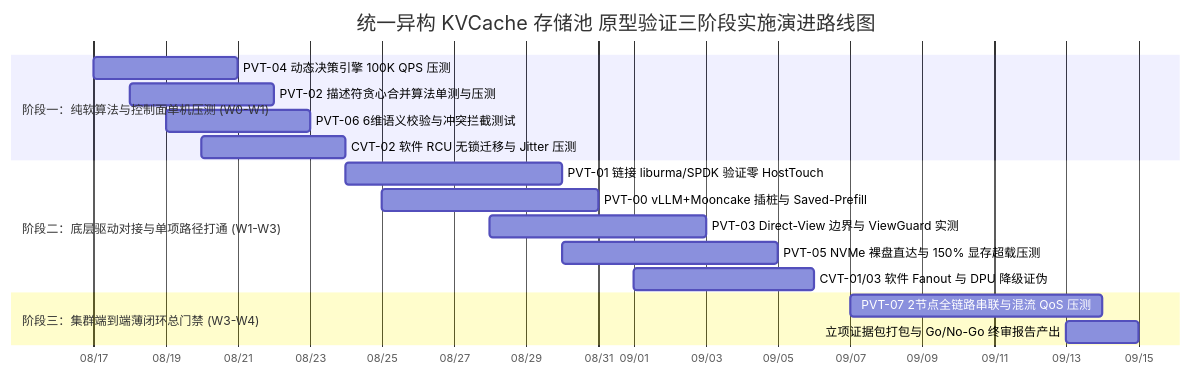
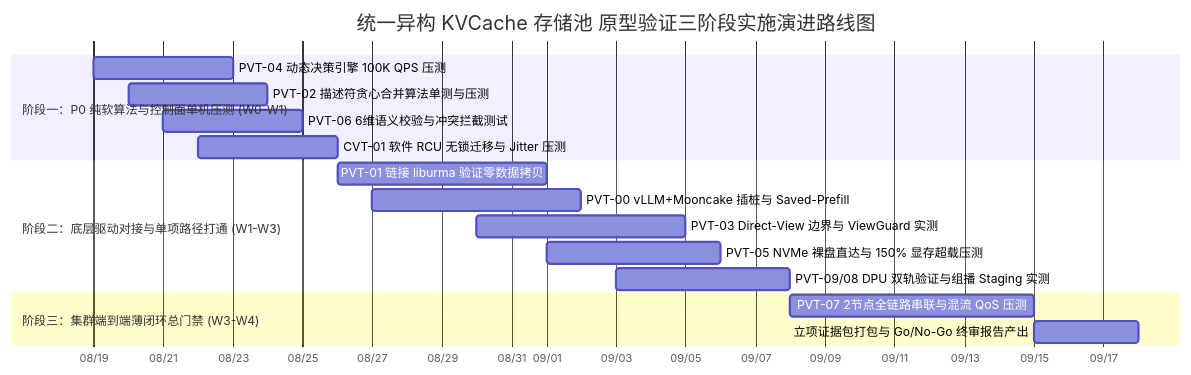
The diagram in kvcache/unified_kv_memory/提前验证方案设计/统一异构KVCache存储池_提前验证方案可实施性评估报告.md (stonetree/reports), drawn with Mermaid before and after one commit. The commit also changed other lines of this file and 32 other files, not shown here.

````diff
--- a/kvcache/unified_kv_memory/提前验证方案设计/统一异构KVCache存储池_提前验证方案可实施性评估报告.md
+++ b/kvcache/unified_kv_memory/提前验证方案设计/统一异构KVCache存储池_提前验证方案可实施性评估报告.md
@@ -210,20 +202,20 @@
 ```mermaid
 gantt
     title 统一异构 KVCache 存储池 原型验证三阶段实施演进路线图
     dateFormat  YYYY-MM-DD
     axisFormat  %m/%d
-    section 阶段一：纯软算法与控制面单机压测 (W0-W1)
-    PVT-04 动态决策引擎 100K QPS 压测       :p1, 2026-08-17, 2026-08-21
-    PVT-02 描述符贪心合并算法单测与压测     :p2, 2026-08-18, 2026-08-22
-    PVT-06 6维语义校验与冲突拦截测试        :p3, 2026-08-19, 2026-08-23
-    CVT-02 软件 RCU 无锁迁移与 Jitter 压测  :p4, 2026-08-20, 2026-08-24
+    section 阶段一：P0 纯软算法与控制面单机压测 (W0-W1)
+    PVT-04 动态决策引擎 100K QPS 压测       :p1, 2026-08-19, 2026-08-23
+    PVT-02 描述符贪心合并算法单测与压测     :p2, 2026-08-20, 2026-08-24
+    PVT-06 6维语义校验与冲突拦截测试        :p3, 2026-08-21, 2026-08-25
+    CVT-01 软件 RCU 无锁迁移与 Jitter 压测  :p4, 2026-08-22, 2026-08-26
     section 阶段二：底层驱动对接与单项路径打通 (W1-W3)
-    PVT-01 链接 liburma/SPDK 验证零 HostTouch:q1, 2026-08-24, 2026-08-30
-    PVT-00 vLLM+Mooncake 插桩与 Saved-Prefill:q2, 2026-08-25, 2026-08-31
-    PVT-03 Direct-View 边界与 ViewGuard 实测 :q3, 2026-08-28, 2026-09-03
-    PVT-05 NVMe 裸盘直达与 150% 显存超载压测 :q4, 2026-08-30, 2026-09-05
-    CVT-01/03 软件 Fanout 与 DPU 降级证伪     :q5, 2026-09-01, 2026-09-06
+    PVT-01 链接 liburma 验证零数据拷贝      :q1, 2026-08-26, 2026-09-01
+    PVT-00 vLLM+Mooncake 插桩与 Saved-Prefill:q2, 2026-08-27, 2026-09-02
+    PVT-03 Direct-View 边界与 ViewGuard 实测 :q3, 2026-08-30, 2026-09-05
+    PVT-05 NVMe 裸盘直达与 150% 显存超载压测 :q4, 2026-09-01, 2026-09-06
+    PVT-09/08 DPU 双轨验证与组播 Staging 实测:q5, 2026-09-03, 2026-09-08
     section 阶段三：集群端到端薄闭环总门禁 (W3-W4)
-    PVT-07 2节点全链路串联与混流 QoS 压测   :r1, 2026-09-07, 2026-09-14
-    立项证据包打包与 Go/No-Go 终审报告产出   :r2, 2026-09-13, 2026-09-15
+    PVT-07 2节点全链路串联与混流 QoS 压测   :r1, 2026-09-08, 2026-09-15
+    立项证据包打包与 Go/No-Go 终审报告产出   :r2, 2026-09-15, 2026-09-18
 ```
````
